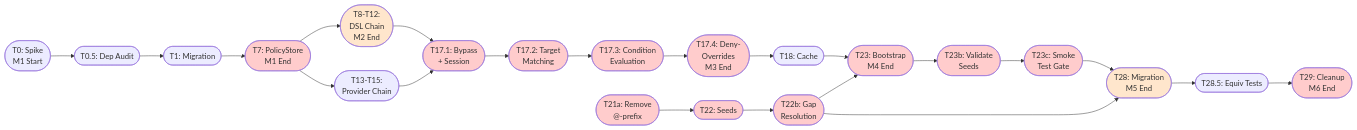
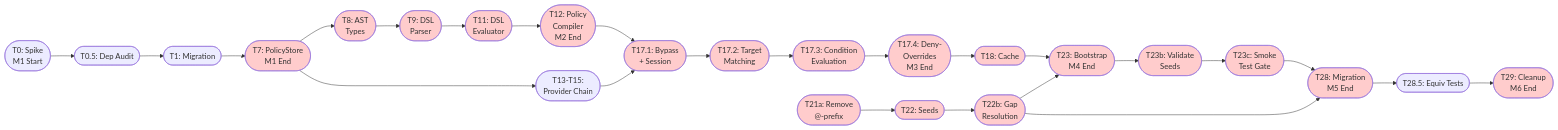
One commit to holomush/holomush changed the first of 2 diagrams in docs/plans/2026-02-06-full-abac-implementation.md. Above: the diagram before and after it, drawn with Mermaid. The commit also changed other lines of this file, not shown here.

Commit message:
fix(plans): add critical path styling to DSL chain tasks T8, T9, T11

````diff
--- a/docs/plans/2026-02-06-full-abac-implementation.md
+++ b/docs/plans/2026-02-06-full-abac-implementation.md
@@ -105,43 +105,50 @@
 ```mermaid
 graph LR
     T0([T0: Spike<br/>M1 Start]) --> T0_5([T0.5: Dep Audit])
     T0_5 --> T1([T1: Migration])
     T1 --> T7([T7: PolicyStore<br/>M1 End])
 
-    T7 --> T8_12([T8-T12:<br/>DSL Chain<br/>M2 End])
+    T7 --> T8([T8: AST<br/>Types])
     T7 --> T13_15([T13-T15:<br/>Provider Chain])
 
-    T8_12 --> T17_1([T17.1: Bypass<br/>+ Session])
+    T8 --> T9([T9: DSL<br/>Parser])
+    T9 --> T11([T11: DSL<br/>Evaluator])
+    T11 --> T12([T12: Policy<br/>Compiler<br/>M2 End])
+    T12 --> T17_1([T17.1: Bypass<br/>+ Session])
     T13_15 --> T17_1
     T17_1 --> T17_2([T17.2: Target<br/>Matching])
     T17_2 --> T17_3([T17.3: Condition<br/>Evaluation])
     T17_3 --> T17_4([T17.4: Deny-<br/>Overrides<br/>M3 End])
 
     T17_4 --> T18([T18: Cache])
     T18 --> T23([T23: Bootstrap<br/>M4 End])
     T21a([T21a: Remove<br/>@-prefix])
     T21a --> T22([T22: Seeds])
     T22 --> T22b([T22b: Gap<br/>Resolution])
     T22b --> T23
     T22b --> T28
     T23 --> T23b([T23b: Validate<br/>Seeds])
     T23b --> T23c([T23c: Smoke<br/>Test Gate])
     T23c --> T28([T28: Migration<br/>M5 End])
     T28 --> T28_5([T28.5: Equiv Tests])
     T28_5 --> T29([T29: Cleanup<br/>M6 End])
 
     style T7 fill:#ffcccc
-    style T8_12 fill:#ffe6cc
+    style T8 fill:#ffcccc
+    style T9 fill:#ffcccc
+    style T11 fill:#ffcccc
+    style T12 fill:#ffcccc
     style T17_1 fill:#ffcccc
     style T17_2 fill:#ffcccc
     style T17_3 fill:#ffcccc
     style T17_4 fill:#ffcccc
+    style T18 fill:#ffcccc
     style T21a fill:#ffcccc
     style T22 fill:#ffcccc
     style T22b fill:#ffcccc
     style T23 fill:#ffcccc
     style T23b fill:#ffcccc
     style T23c fill:#ffcccc
-    style T28 fill:#ffe6cc
+    style T28 fill:#ffcccc
     style T29 fill:#ffcccc
 ```
````
